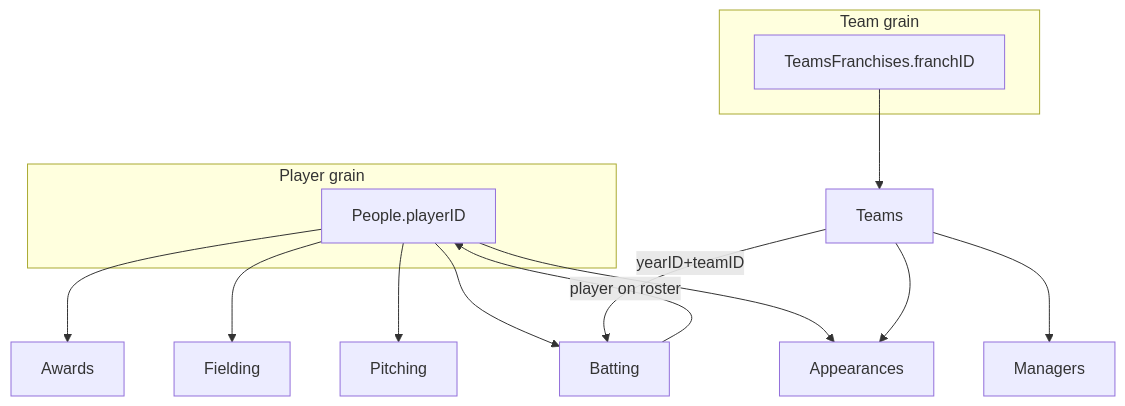
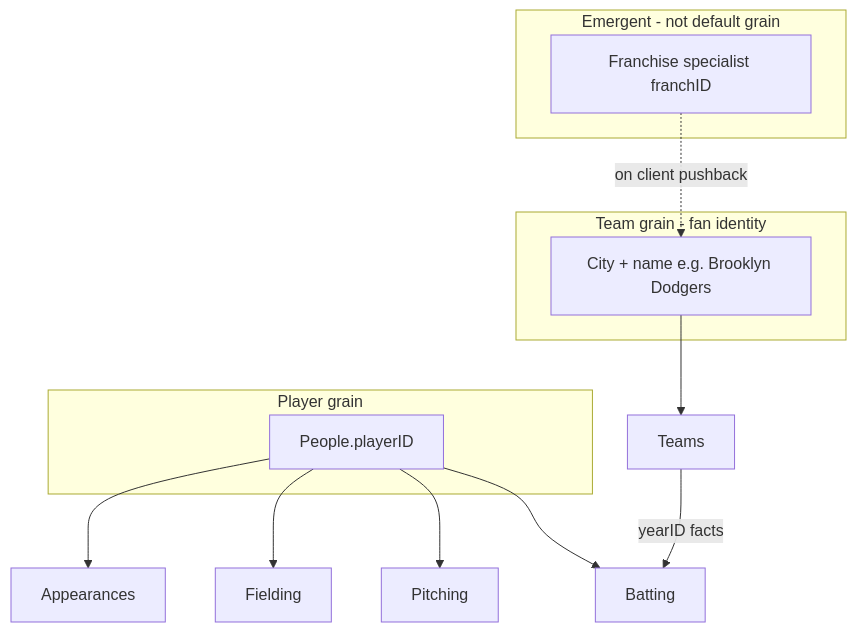
Before and after one commit to myceliumdata/mycelium: the second of 2 diagrams in docs/plans/baseball-example-program.md, drawn with Mermaid. The commit also changed other lines of this file and 3 other files, not shown here.

Commit message:
docs(baseball): team grain is fan city+name; franchise emergent specialist

````diff
--- a/docs/plans/baseball-example-program.md
+++ b/docs/plans/baseball-example-program.md
@@ -224,23 +226,23 @@
 ```mermaid
 flowchart TB
   subgraph player_hub [Player grain]
     People[People.playerID]
   end
 
-  subgraph franchise_hub [Team grain]
-    TF[TeamsFranchises.franchID]
+  subgraph team_hub [Team grain - fan identity]
+    Tfan[City + name e.g. Brooklyn Dodgers]
+  end
+
+  subgraph emergent [Emergent - not default grain]
+    TF[Franchise specialist franchID]
   end
 
   People --> Batting
   People --> Pitching
   People --> Fielding
   People --> Appearances
-  People --> Awards
 
-  TF --> Teams
-  Teams -->|"yearID+teamID"| Batting
-  Teams --> Appearances
-  Teams --> Managers
-
-  Batting -->|"player on roster"| People
+  Tfan --> Teams
+  Teams -->|"yearID facts"| Batting
+  TF -.->|on client pushback| Tfan
 ```
````
